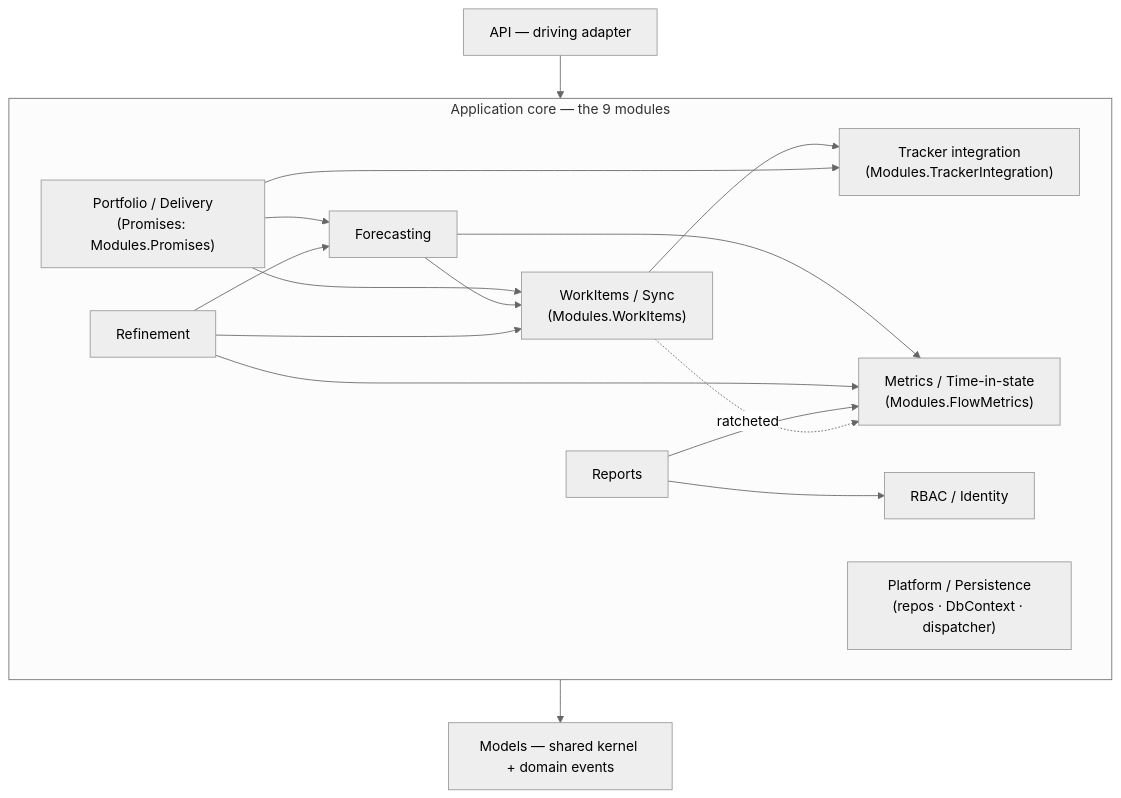
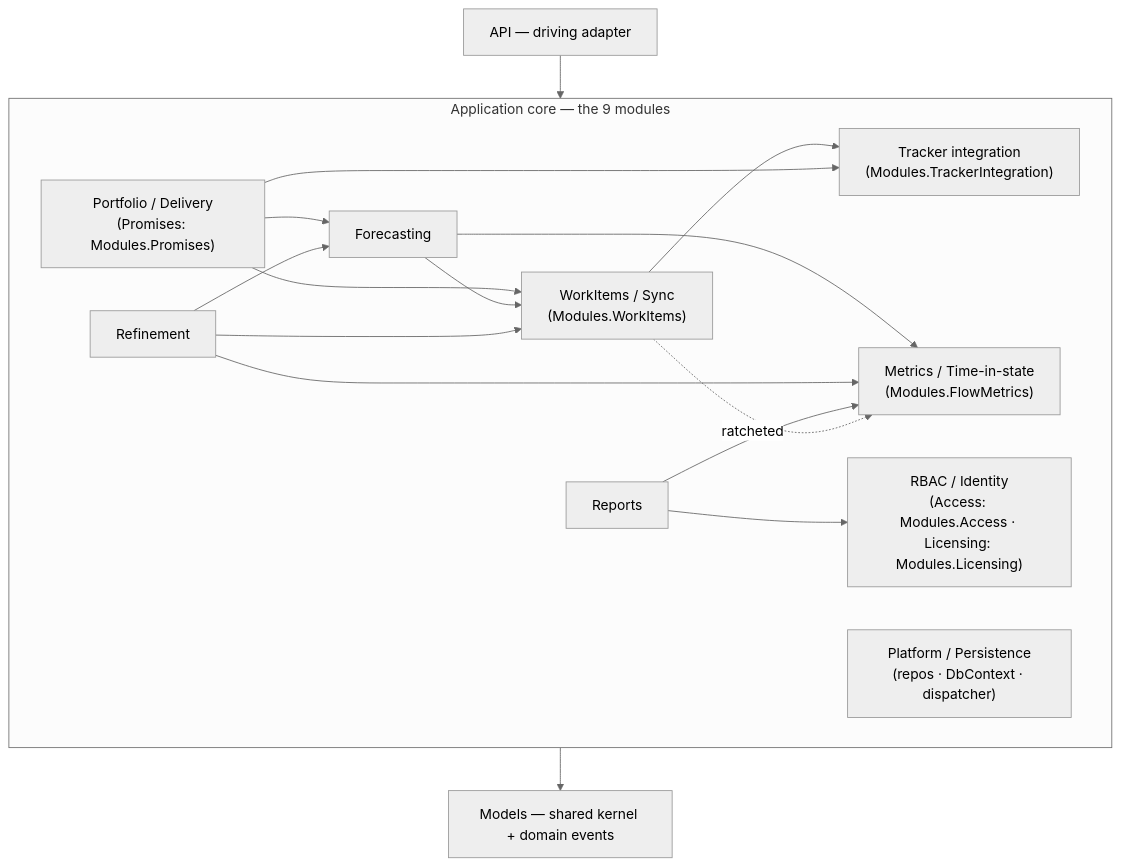
One commit to LetPeopleWork/Lighthouse changed the second of 4 diagrams in ARCHITECTURE.md. Above: the diagram before and after it, drawn with Mermaid (neutral theme). The commit also changed other lines of this file and 10 other files, not shown here.

First line of the commit message:
docs(access): finalize story 6363 S03e Package Access and Licensing

````diff
--- a/ARCHITECTURE.md
+++ b/ARCHITECTURE.md
@@ -113,30 +113,30 @@
 ```mermaid
 graph TD
   API["API — driving adapter"]
   subgraph CORE["Application core — the 9 modules"]
     WT["Tracker integration<br/>(Modules.TrackerIntegration)"]
     SYNC["WorkItems / Sync<br/>(Modules.WorkItems)"]
     FC["Forecasting"]
     PD["Portfolio / Delivery<br/>(Promises: Modules.Promises)"]
     MET["Metrics / Time-in-state<br/>(Modules.FlowMetrics)"]
-    RBAC["RBAC / Identity"]
+    RBAC["RBAC / Identity<br/>(Access: Modules.Access · Licensing: Modules.Licensing)"]
     PLAT["Platform / Persistence<br/>(repos · DbContext · dispatcher)"]
     REF["Refinement"]
     REP["Reports"]
   end
   KERNEL["Models — shared kernel + domain events"]
   API --> CORE
   CORE --> KERNEL
   SYNC --> WT
   PD --> SYNC
   PD --> FC
   PD --> WT
   FC --> SYNC
   FC --> MET
   REF --> SYNC
   REF --> FC
   REF --> MET
   REP --> MET
   REP --> RBAC
   SYNC -.->|"ratcheted"| MET
 ```
````
